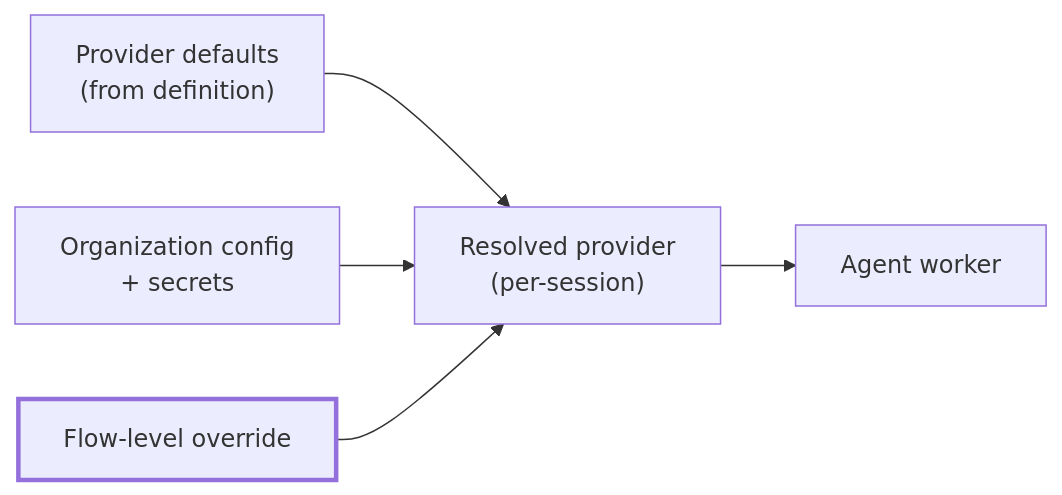
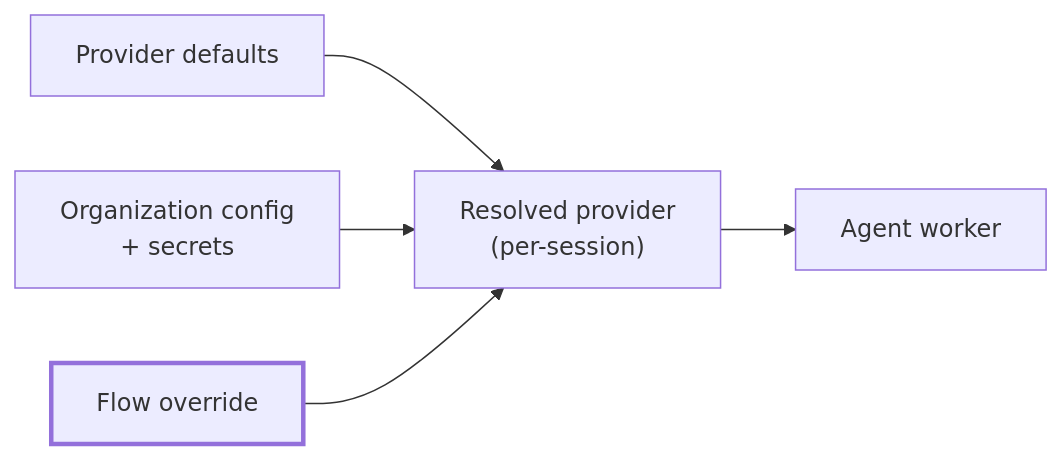
Before and after one commit to Aico-Systems/docs: the first of 3 diagrams in platform/providers.mdx, drawn with Mermaid. The commit also changed other lines of this file and 9 other files, not shown here.

````diff
--- a/platform/providers.mdx
+++ b/platform/providers.mdx
@@ -13,9 +13,8 @@
 ```mermaid
 flowchart LR
-    D["Provider defaults<br/>(from definition)"] --> M
+    D["Provider defaults"] --> M
     O["Organization config<br/>+ secrets"] --> M
-    F["Flow-level override"] --> M
+    F["Flow override"] --> M
     M["Resolved provider<br/>(per-session)"] --> AGT["Agent worker"]
-
     style F stroke-width:3px
 ```
````
